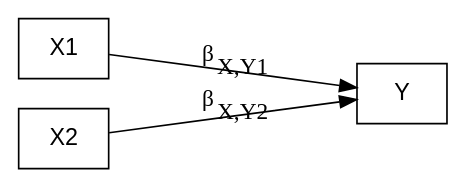
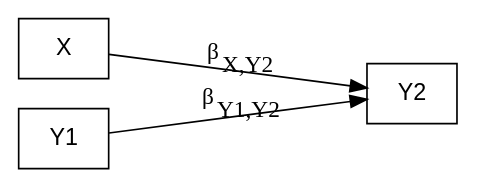
Before and after one commit to pennekampster/Swiss_SEM: diagram 17 of 25 in 5_Slides/Intro_to_SEM_part1.qmd, drawn with Graphviz. The commit also changed other lines of this file and 2 other files, not shown here.

````diff
--- a/5_Slides/Intro_to_SEM_part1.qmd
+++ b/5_Slides/Intro_to_SEM_part1.qmd
@@ -1002,20 +997,20 @@
 ```{dot}
 //| fig-width: 5
 digraph {
 
   # a 'graph' statement
   graph [overlap = false, fontsize = 5, layout = dot, rankdir = LR];
 
   # 'node' statements
   node [shape = box, fontname = Helvetica];
   
-  X1; 
-  X2; 
-  Y;
+  X; 
+  Y1; 
+  Y2;
   
   # 'edge' statements
-  X1 -> Y [label = <&beta;<SUB>X,Y1</SUB>> minlen=3 ];
-  X2 -> Y [label = <&beta;<SUB>X,Y2</SUB>> minlen=3 ];
+  X -> Y2 [label = <&beta;<SUB>X,Y2</SUB>> minlen=3 ];
+  Y1 -> Y2 [label = <&beta;<SUB>Y1,Y2</SUB>> minlen=3 ];
 
 }
 ```
````
